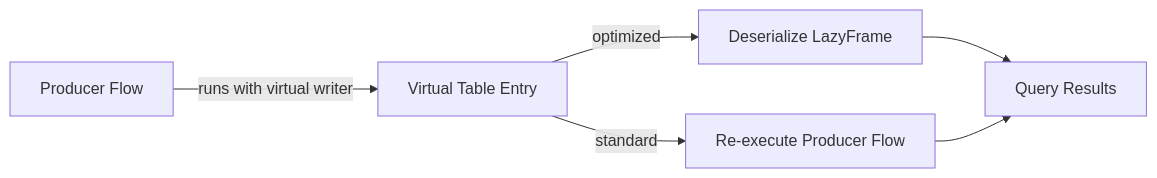
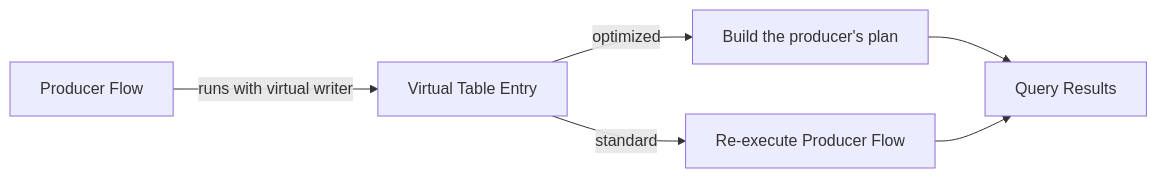
The first of 2 diagrams in docs/users/visual-editor/catalog/virtual-tables.md (Edwardvaneechoud/Flowfile), drawn with Mermaid before and after one commit. The commit also changed other lines of this file and 142 other files, not shown here.

````diff
--- a/docs/users/visual-editor/catalog/virtual-tables.md
+++ b/docs/users/visual-editor/catalog/virtual-tables.md
@@ -16,8 +16,8 @@
 ```mermaid
 graph LR
     A[Producer Flow] -->|runs with virtual writer| B[Virtual Table Entry]
-    B -->|optimized| C[Deserialize LazyFrame]
+    B -->|optimized| C[Build the producer's plan]
     B -->|standard| D[Re-execute Producer Flow]
     C --> E[Query Results]
     D --> E
 ```
````
